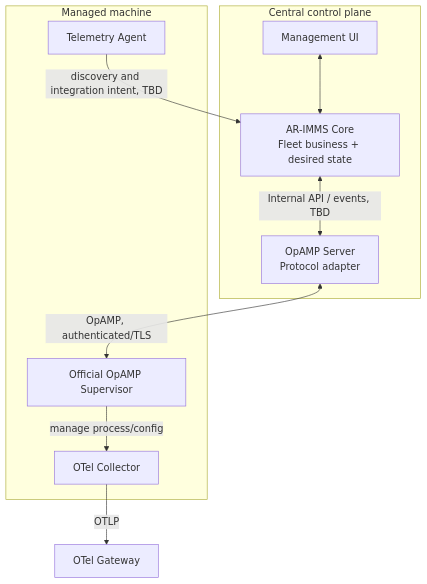
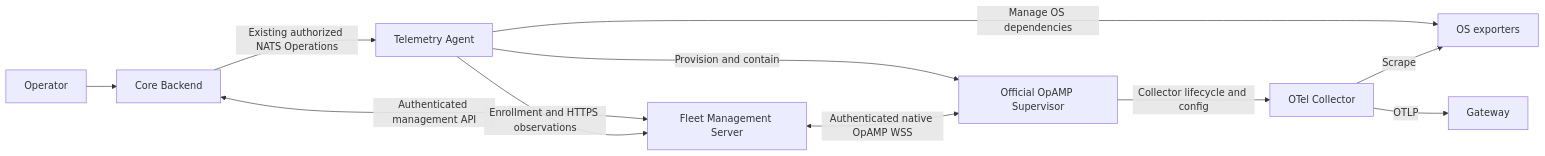
Before and after one commit to AR-IMMS/fleet-manager: the diagram in docs/local/architecture/system-overview.md, drawn with Mermaid. The commit also changed other lines of this file and 9 other files, not shown here.

Commit message:
docs: align guidance with fleet management architecture

````diff
--- a/docs/local/architecture/system-overview.md
+++ b/docs/local/architecture/system-overview.md
@@ -17,15 +15,13 @@
 ```mermaid
-flowchart TB
-  subgraph Control[Central control plane]
-    UI[Management UI] <--> Core[AR-IMMS Core
-Fleet business + desired state]
-    Core <-->|Internal API / events, TBD| S[OpAMP Server
-Protocol adapter]
-  end
-  subgraph Edge[Managed machine]
-    Sup[Official OpAMP Supervisor] -->|manage process/config| Collector[OTel Collector]
-    A[Telemetry Agent] -->|discovery and integration intent, TBD| Core
-  end
-  S <-->|OpAMP, authenticated/TLS| Sup
-  Collector -->|OTLP| Gateway[OTel Gateway]
+flowchart LR
+  User[Operator] --> Core[Core Backend]
+  Core <-->|Authenticated management API| Fleet[Fleet Management Server]
+  Agent[Telemetry Agent] -->|Enrollment and HTTPS observations| Fleet
+  Agent -->|Provision and contain| Supervisor[Official OpAMP Supervisor]
+  Fleet <-->|Authenticated native OpAMP WSS| Supervisor
+  Supervisor -->|Collector lifecycle and config| Collector[OTel Collector]
+  Agent -->|Manage OS dependencies| Exporters[OS exporters]
+  Collector -->|Scrape| Exporters
+  Collector -->|OTLP| Gateway[Gateway]
+  Core -->|Existing authorized NATS Operations| Agent
 ```
````
